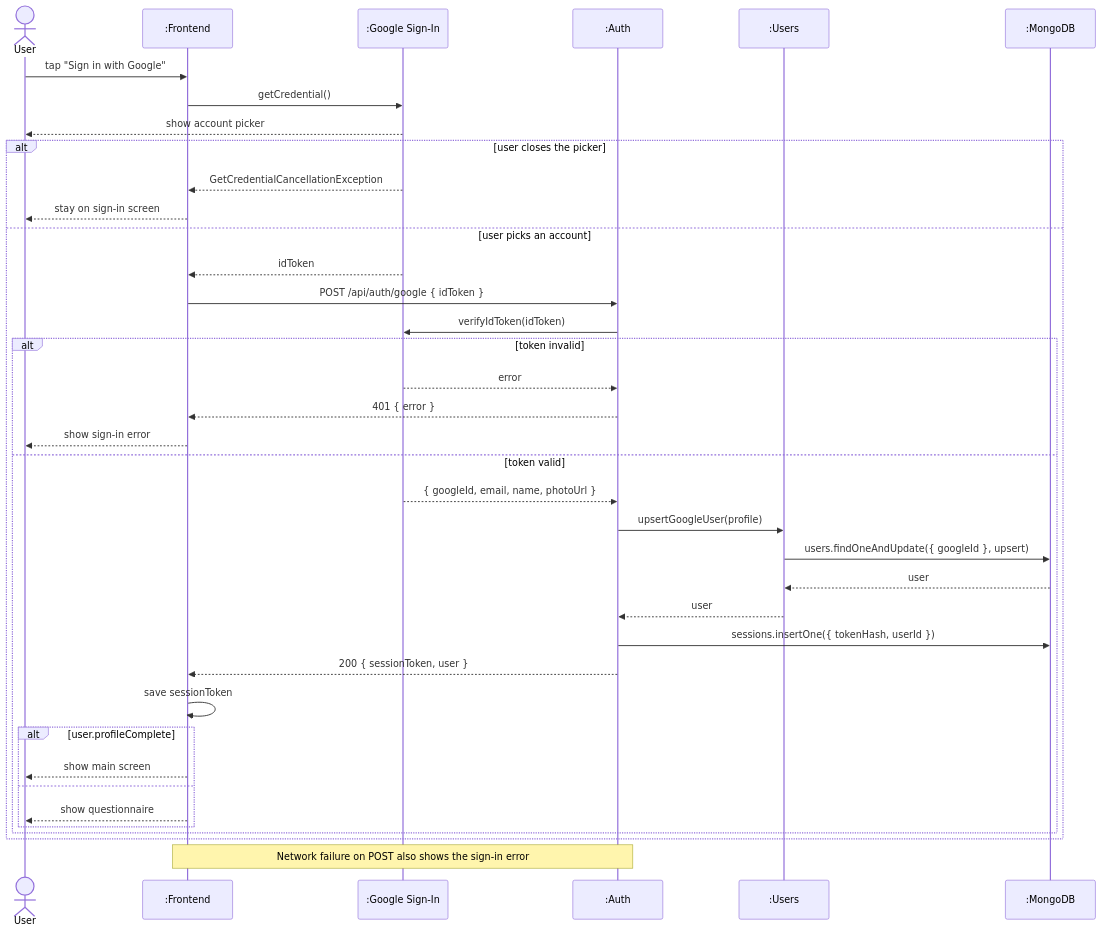
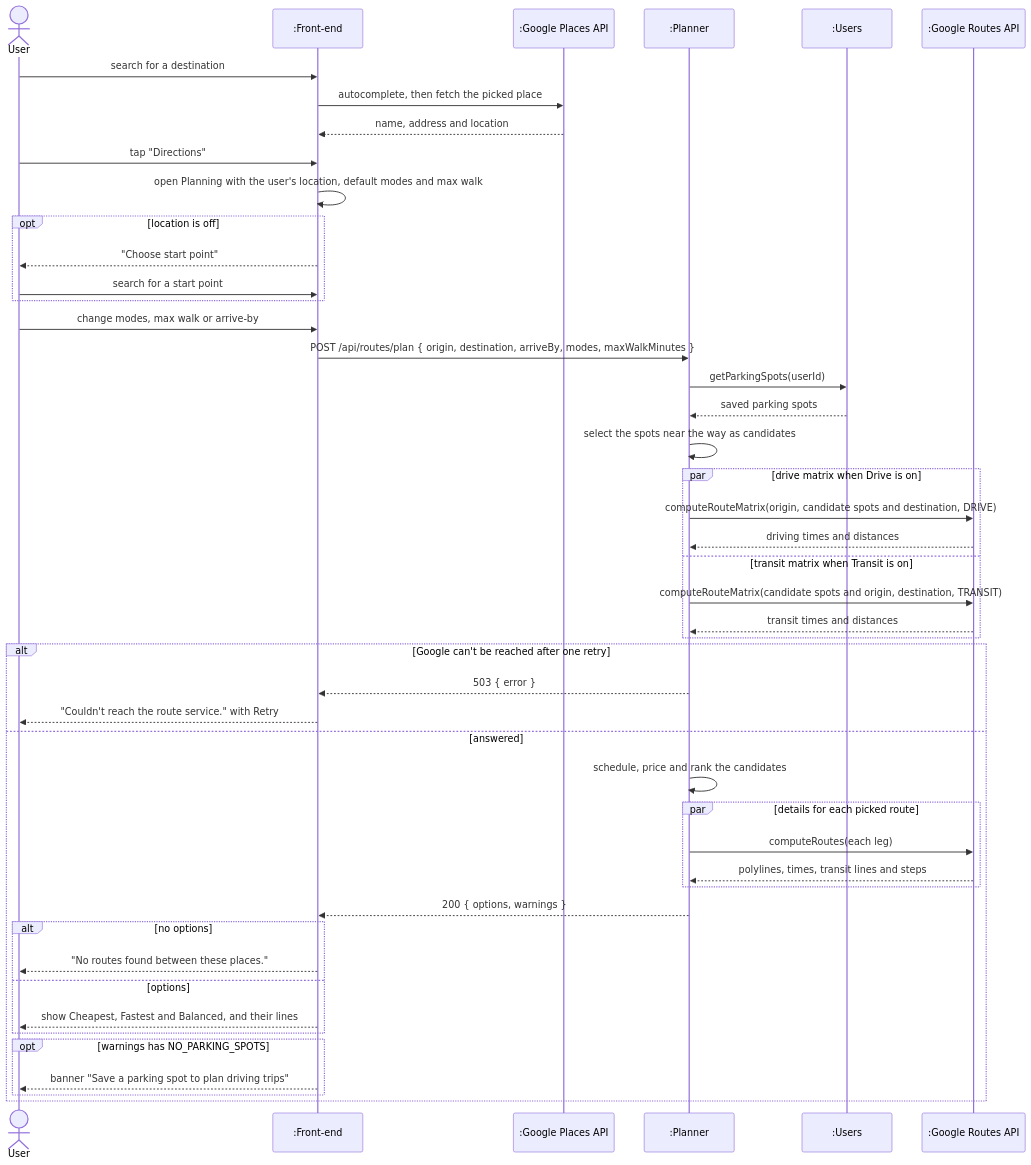
One commit to adamdeleeuw/trailmix changed the third of 7 diagrams in documentation/Requirements_and_Design.md. Above: the diagram before and after it, drawn with Mermaid. The commit also changed other lines of this file and 5 other files, not shown here.

````diff
--- a/documentation/Requirements_and_Design.md
+++ b/documentation/Requirements_and_Design.md
@@ -353,41 +520,50 @@
 ```mermaid
 sequenceDiagram
     actor User
-    participant App as :Frontend
-    participant GSI as :Google Sign-In
-    participant Auth as :Auth
+    participant App as :Front-end
+    participant Places as :Google Places API
+    participant Planner as :Planner
     participant Users as :Users
-    participant DB as :MongoDB
+    participant GR as :Google Routes API
 
-    User->>App: tap "Sign in with Google"
-    App->>GSI: getCredential()
-    GSI-->>User: show account picker
-    alt user closes the picker
-        GSI-->>App: GetCredentialCancellationException
-        App-->>User: stay on sign-in screen
-    else user picks an account
-        GSI-->>App: idToken
-        App->>Auth: POST /api/auth/google { idToken }
-        Auth->>GSI: verifyIdToken(idToken)
-        alt token invalid
-            GSI-->>Auth: error
-            Auth-->>App: 401 { error }
-            App-->>User: show sign-in error
-        else token valid
-            GSI-->>Auth: { googleId, email, name, photoUrl }
-            Auth->>Users: upsertGoogleUser(profile)
-            Users->>DB: users.findOneAndUpdate({ googleId }, upsert)
-            DB-->>Users: user
-            Users-->>Auth: user
-            Auth->>DB: sessions.insertOne({ tokenHash, userId })
-            Auth-->>App: 200 { sessionToken, user }
-            App->>App: save sessionToken
-            alt user.profileComplete
-                App-->>User: show main screen
-            else
-                App-->>User: show questionnaire
-            end
+    User->>App: search for a destination
+    App->>Places: autocomplete, then fetch the picked place
+    Places-->>App: name, address and location
+    User->>App: tap "Directions"
+    App->>App: open Planning with the user's location, default modes and max walk
+    opt location is off
+        App-->>User: "Choose start point"
+        User->>App: search for a start point
+    end
+    User->>App: change modes, max walk or arrive-by
+    App->>Planner: POST /api/routes/plan { origin, destination, arriveBy, modes, maxWalkMinutes }
+    Planner->>Users: getParkingSpots(userId)
+    Users-->>Planner: saved parking spots
+    Planner->>Planner: select the spots near the way as candidates
+    par drive matrix when Drive is on
+        Planner->>GR: computeRouteMatrix(origin, candidate spots and destination, DRIVE)
+        GR-->>Planner: driving times and distances
+    and transit matrix when Transit is on
+        Planner->>GR: computeRouteMatrix(candidate spots and origin, destination, TRANSIT)
+        GR-->>Planner: transit times and distances
+    end
+    alt Google can't be reached after one retry
+        Planner-->>App: 503 { error }
+        App-->>User: "Couldn't reach the route service." with Retry
+    else answered
+        Planner->>Planner: schedule, price and rank the candidates
+        par details for each picked route
+            Planner->>GR: computeRoutes(each leg)
+            GR-->>Planner: polylines, times, transit lines and steps
+        end
+        Planner-->>App: 200 { options, warnings }
+        alt no options
+            App-->>User: "No routes found between these places."
+        else options
+            App-->>User: show Cheapest, Fastest and Balanced, and their lines
+        end
+        opt warnings has NO_PARKING_SPOTS
+            App-->>User: banner "Save a parking spot to plan driving trips"
         end
     end
-    Note over App,Auth: Network failure on POST also shows the sign-in error
 ```
````
